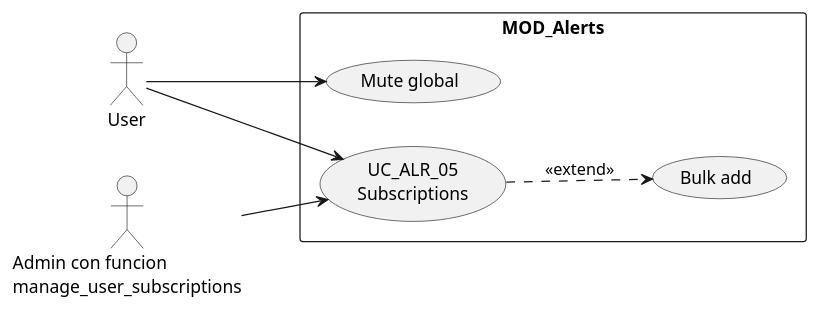
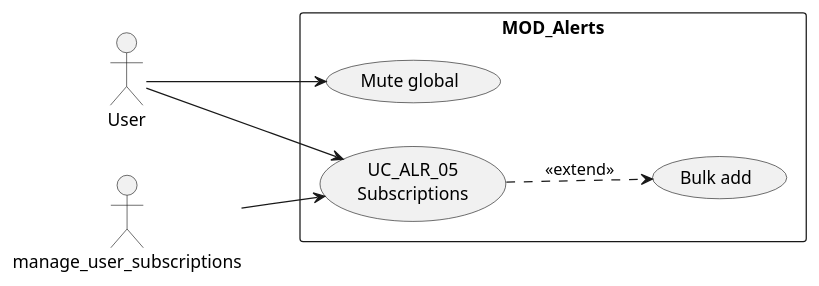
One commit to jcg-admin/IACT-docs changed the first of 4 diagrams in source/requisitos/casos-uso/alerts/uc-alr-05/diagramas-uml.rst. Above: the diagram before and after it, drawn with PlantUML. The commit also changed 77 other files, not shown here.

First line of the commit message:
Enforce RBAC function names as actors in all UML diagrams

```diff
--- a/source/requisitos/casos-uso/alerts/uc-alr-05/diagramas-uml.rst
+++ b/source/requisitos/casos-uso/alerts/uc-alr-05/diagramas-uml.rst
@@ -10,16 +10,16 @@
 .. uml::
 
  @startuml
  left to right direction
  actor "User" as USR
- actor "Admin con funcion\nmanage_user_subscriptions" as A
+ actor "manage_user_subscriptions" as A
  rectangle "MOD_Alerts" {
    usecase "UC_ALR_05\nSubscriptions" as UC05
    usecase "Bulk add" as BA
    usecase "Mute global" as M
  }
  USR --> UC05
  A --> UC05
  UC05 ..> BA : <<extend>>
  USR --> M
  @enduml
```
